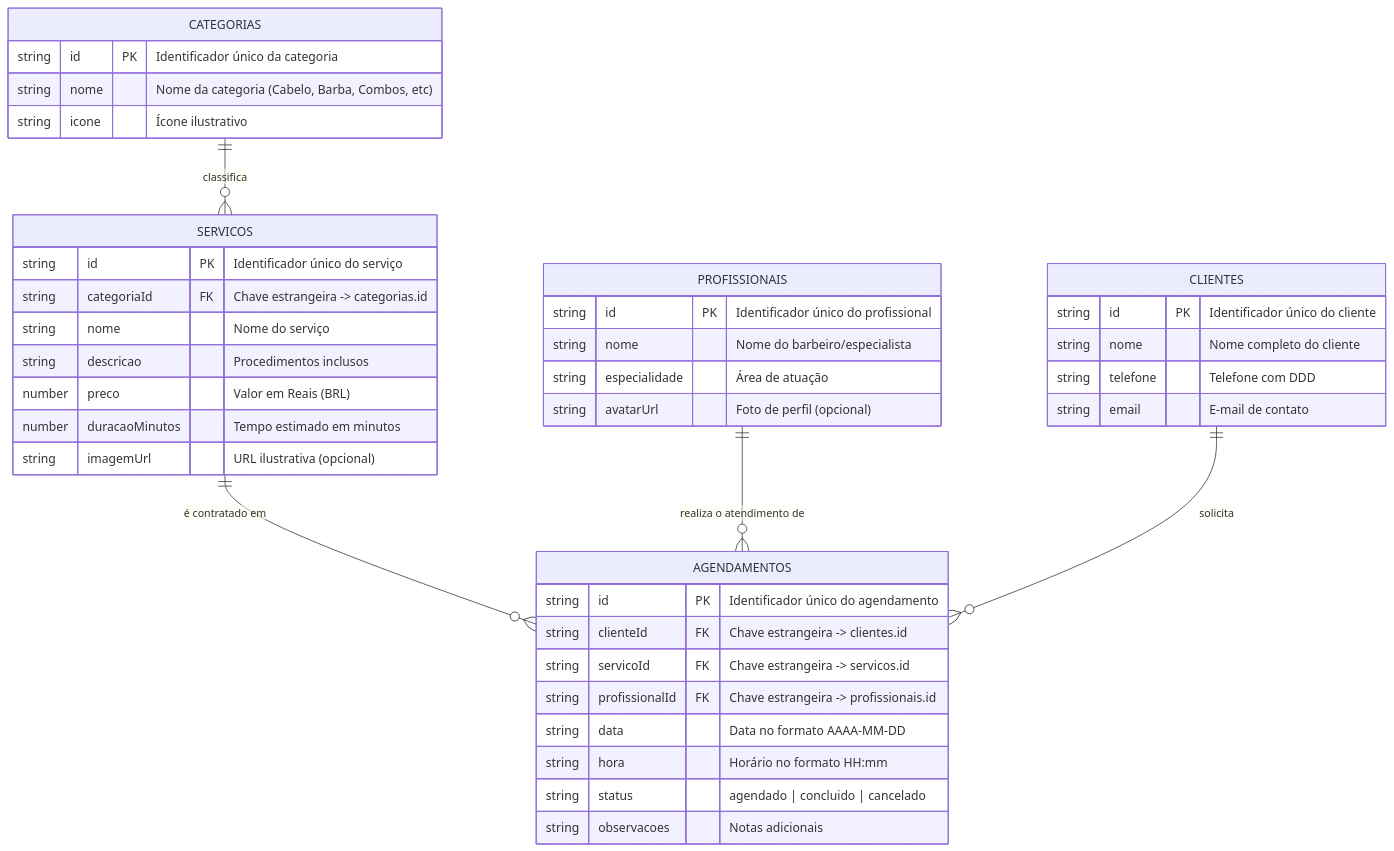
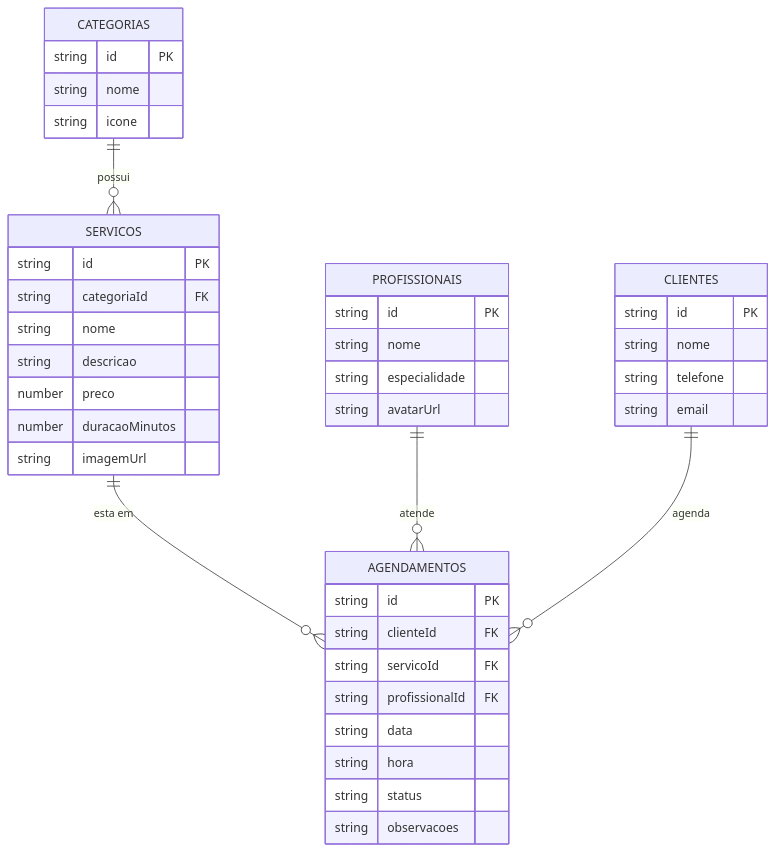
The diagram in MODELAGEM_PROJETO_PAM.md (contagpt1000-coder/PAM-ProgramacaoAplicativosMobile), drawn with Mermaid before and after one commit. The commit also changed other lines of this file, not shown here.

````diff
--- a/MODELAGEM_PROJETO_PAM.md
+++ b/MODELAGEM_PROJETO_PAM.md
@@ -20,48 +21,48 @@
 ```mermaid
 erDiagram
-    CATEGORIAS ||--o{ SERVICOS : "classifica"
-    SERVICOS ||--o{ AGENDAMENTOS : "é contratado em"
-    PROFISSIONAIS ||--o{ AGENDAMENTOS : "realiza o atendimento de"
-    CLIENTES ||--o{ AGENDAMENTOS : "solicita"
+    CATEGORIAS ||--o{ SERVICOS : "possui"
+    SERVICOS ||--o{ AGENDAMENTOS : "esta em"
+    PROFISSIONAIS ||--o{ AGENDAMENTOS : "atende"
+    CLIENTES ||--o{ AGENDAMENTOS : "agenda"
 
     CATEGORIAS {
-        string id PK "Identificador único da categoria"
-        string nome "Nome da categoria (Cabelo, Barba, Combos, etc)"
-        string icone "Ícone ilustrativo"
+        string id PK
+        string nome
+        string icone
     }
 
     SERVICOS {
-        string id PK "Identificador único do serviço"
-        string categoriaId FK "Chave estrangeira -> categorias.id"
-        string nome "Nome do serviço"
-        string descricao "Procedimentos inclusos"
-        number preco "Valor em Reais (BRL)"
-        number duracaoMinutos "Tempo estimado em minutos"
-        string imagemUrl "URL ilustrativa (opcional)"
+        string id PK
+        string categoriaId FK
+        string nome
+        string descricao
+        number preco
+        number duracaoMinutos
+        string imagemUrl
     }
 
     PROFISSIONAIS {
-        string id PK "Identificador único do profissional"
-        string nome "Nome do barbeiro/especialista"
-        string especialidade "Área de atuação"
-        string avatarUrl "Foto de perfil (opcional)"
+        string id PK
+        string nome
+        string especialidade
+        string avatarUrl
     }
 
     CLIENTES {
-        string id PK "Identificador único do cliente"
-        string nome "Nome completo do cliente"
-        string telefone "Telefone com DDD"
-        string email "E-mail de contato"
+        string id PK
+        string nome
+        string telefone
+        string email
     }
 
     AGENDAMENTOS {
-        string id PK "Identificador único do agendamento"
-        string clienteId FK "Chave estrangeira -> clientes.id"
-        string servicoId FK "Chave estrangeira -> servicos.id"
-        string profissionalId FK "Chave estrangeira -> profissionais.id"
-        string data "Data no formato AAAA-MM-DD"
-        string hora "Horário no formato HH:mm"
-        string status "agendado | concluido | cancelado"
-        string observacoes "Notas adicionais"
+        string id PK
+        string clienteId FK
+        string servicoId FK
+        string profissionalId FK
+        string data
+        string hora
+        string status
+        string observacoes
     }
 ```
````
